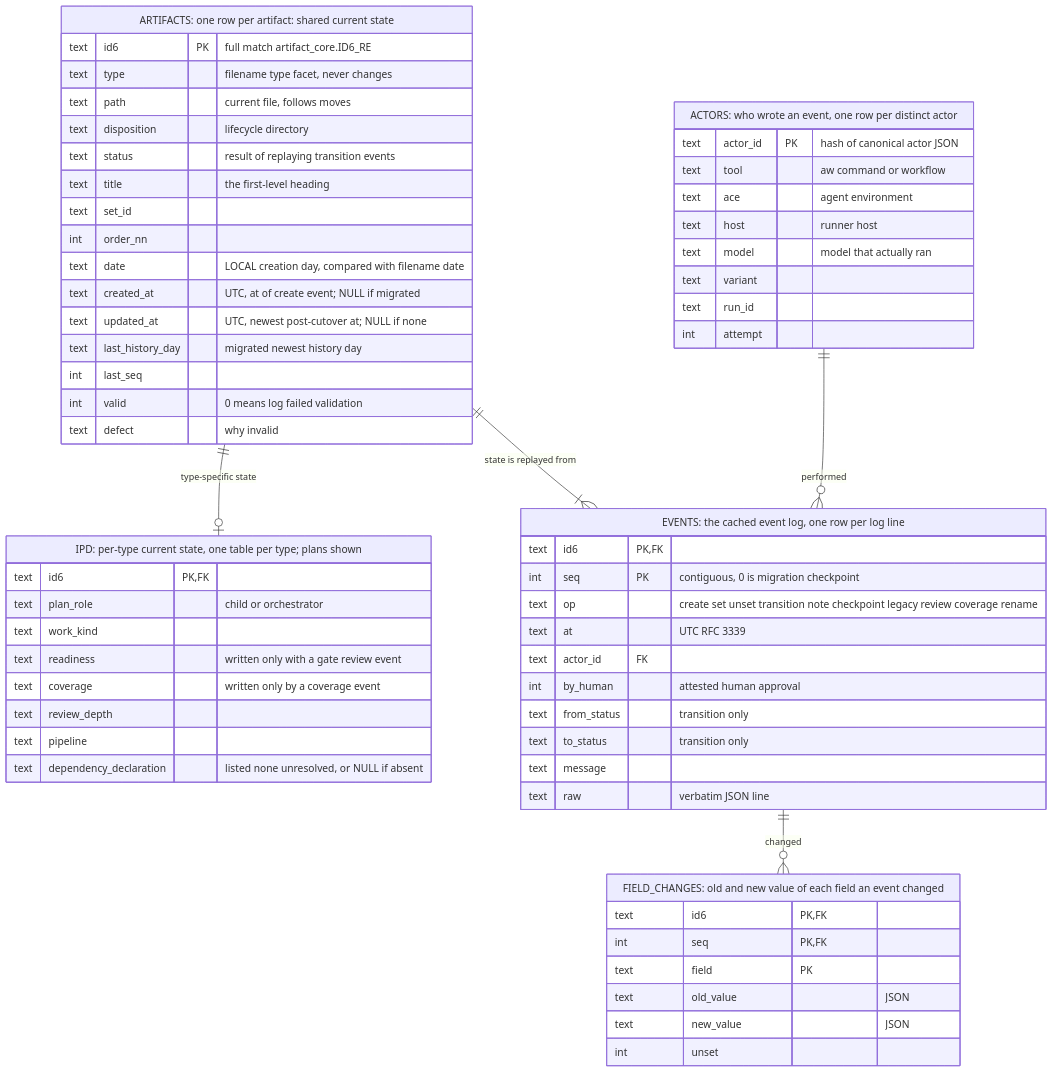
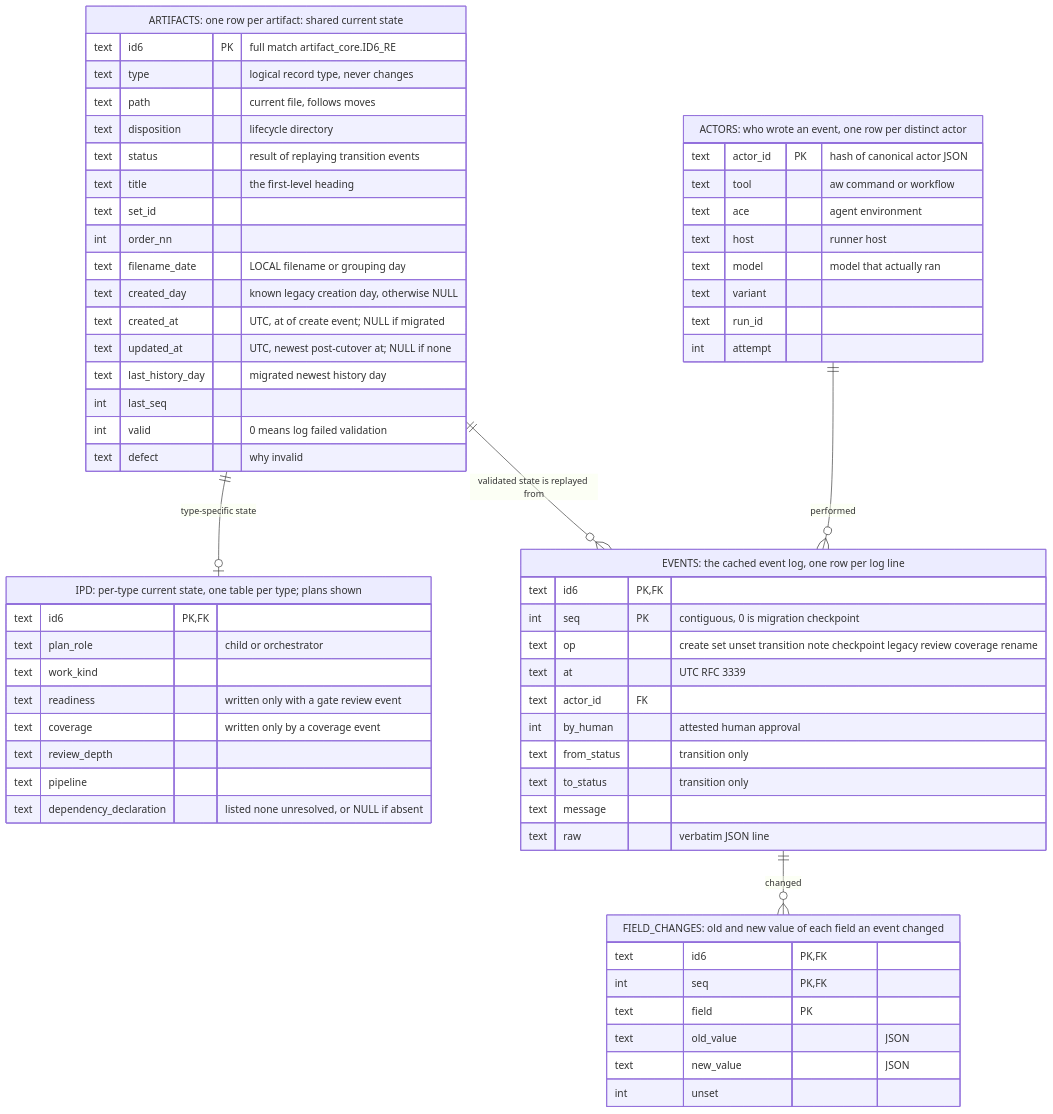
The first of 10 diagrams in .aw/records/specs/reviewed/20260925-metastore-01-4sd62s-artifact-metadata-store.spec.md (fariello/agent-workflows), drawn with Mermaid before and after one commit. The commit also changed other lines of this file and 1 other file, not shown here.

````diff
--- a/.aw/records/specs/reviewed/20260925-metastore-01-4sd62s-artifact-metadata-store.spec.md
+++ b/.aw/records/specs/reviewed/20260925-metastore-01-4sd62s-artifact-metadata-store.spec.md
@@ -1096,64 +1190,65 @@
 ```mermaid
 erDiagram
     ARTIFACTS["ARTIFACTS: one row per artifact: shared current state"] {
         text id6 PK "full match artifact_core.ID6_RE"
-        text type "filename type facet, never changes"
+        text type "logical record type, never changes"
         text path "current file, follows moves"
         text disposition "lifecycle directory"
         text status "result of replaying transition events"
         text title "the first-level heading"
         text set_id
         int order_nn
-        text date "LOCAL creation day, compared with filename date"
+        text filename_date "LOCAL filename or grouping day"
+        text created_day "known legacy creation day, otherwise NULL"
         text created_at "UTC, at of create event; NULL if migrated"
         text updated_at "UTC, newest post-cutover at; NULL if none"
         text last_history_day "migrated newest history day"
         int last_seq
         int valid "0 means log failed validation"
         text defect "why invalid"
     }
     IPD["IPD: per-type current state, one table per type; plans shown"] {
         text id6 PK, FK
         text plan_role "child or orchestrator"
         text work_kind
         text readiness "written only with a gate review event"
         text coverage "written only by a coverage event"
         text review_depth
         text pipeline
         text dependency_declaration "listed none unresolved, or NULL if absent"
     }
     EVENTS["EVENTS: the cached event log, one row per log line"] {
         text id6 PK, FK
         int seq PK "contiguous, 0 is migration checkpoint"
         text op "create set unset transition note checkpoint legacy review coverage rename"
         text at "UTC RFC 3339"
         text actor_id FK
         int by_human "attested human approval"
         text from_status "transition only"
         text to_status "transition only"
         text message
         text raw "verbatim JSON line"
     }
     FIELD_CHANGES["FIELD_CHANGES: old and new value of each field an event changed"] {
         text id6 PK, FK
         int seq PK, FK
         text field PK
         text old_value "JSON"
         text new_value "JSON"
         int unset
     }
     ACTORS["ACTORS: who wrote an event, one row per distinct actor"] {
         text actor_id PK "hash of canonical actor JSON"
         text tool "aw command or workflow"
         text ace "agent environment"
         text host "runner host"
         text model "model that actually ran"
         text variant
         text run_id
         int attempt
     }
     ARTIFACTS ||--o| IPD : "type-specific state"
-    ARTIFACTS ||--|{ EVENTS : "state is replayed from"
+    ARTIFACTS ||--o{ EVENTS : "validated state is replayed from"
     EVENTS ||--o{ FIELD_CHANGES : "changed"
     ACTORS ||--o{ EVENTS : "performed"
 ```
````
